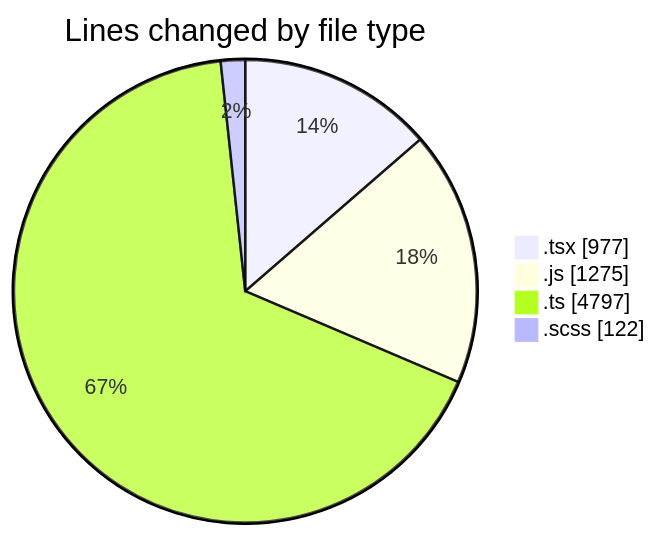
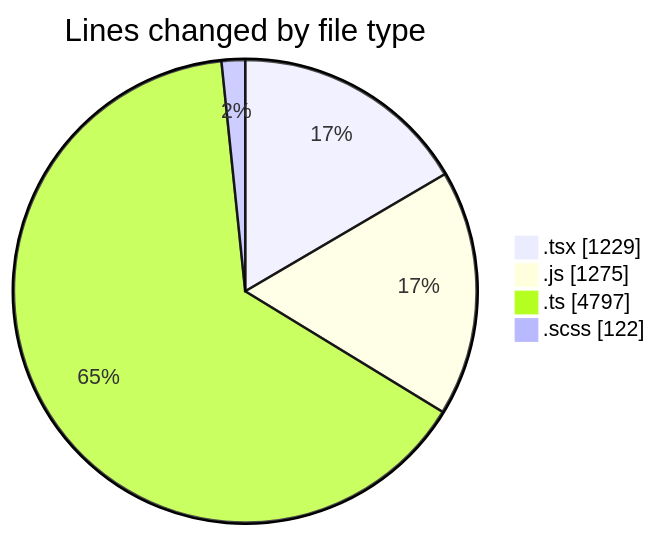
One commit to momahboobian/code-tracking changed the first of 2 diagrams in 2026-08-17/cda/README.md. Above: the diagram before and after it, drawn with Mermaid. The commit also changed other lines of this file and 1 other file, not shown here.

````diff
--- a/2026-08-17/cda/README.md
+++ b/2026-08-17/cda/README.md
@@ -39,8 +42,8 @@
 ```mermaid
 pie showData
 title Lines changed by file type
-".tsx" : 977
+".tsx" : 1229
 ".js" : 1275
 ".ts" : 4797
 ".scss" : 122
 ```
````
